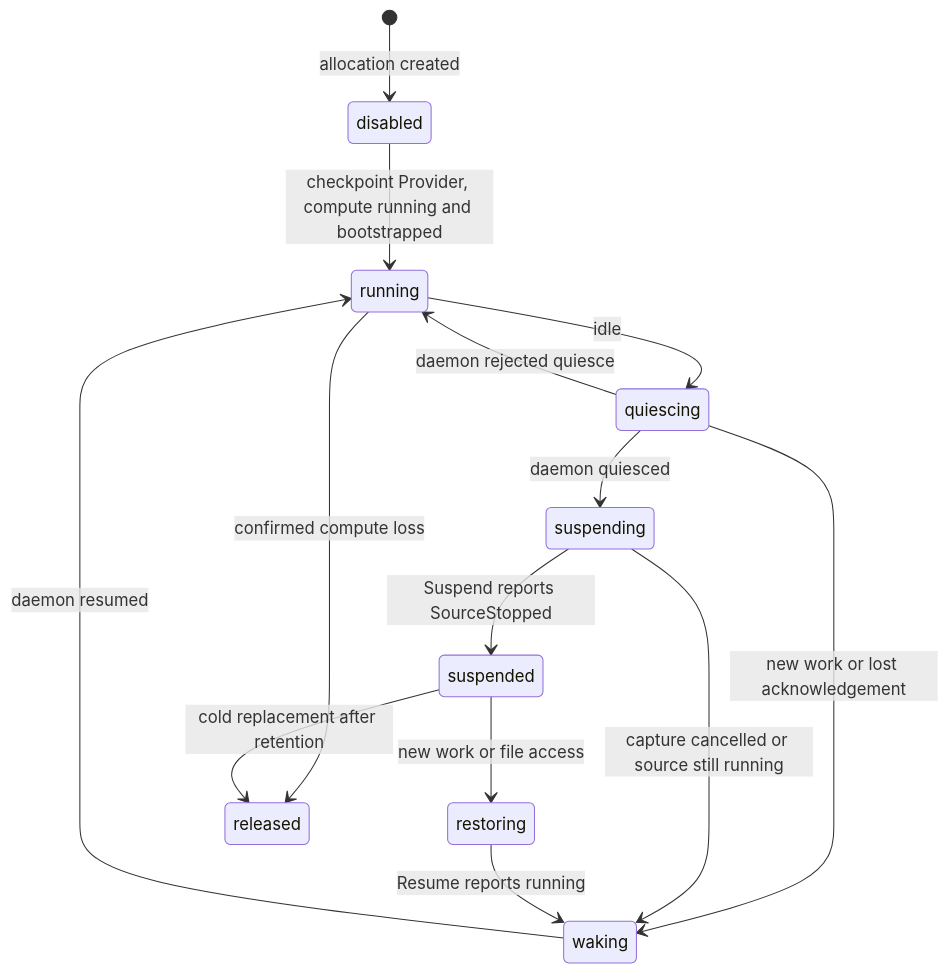
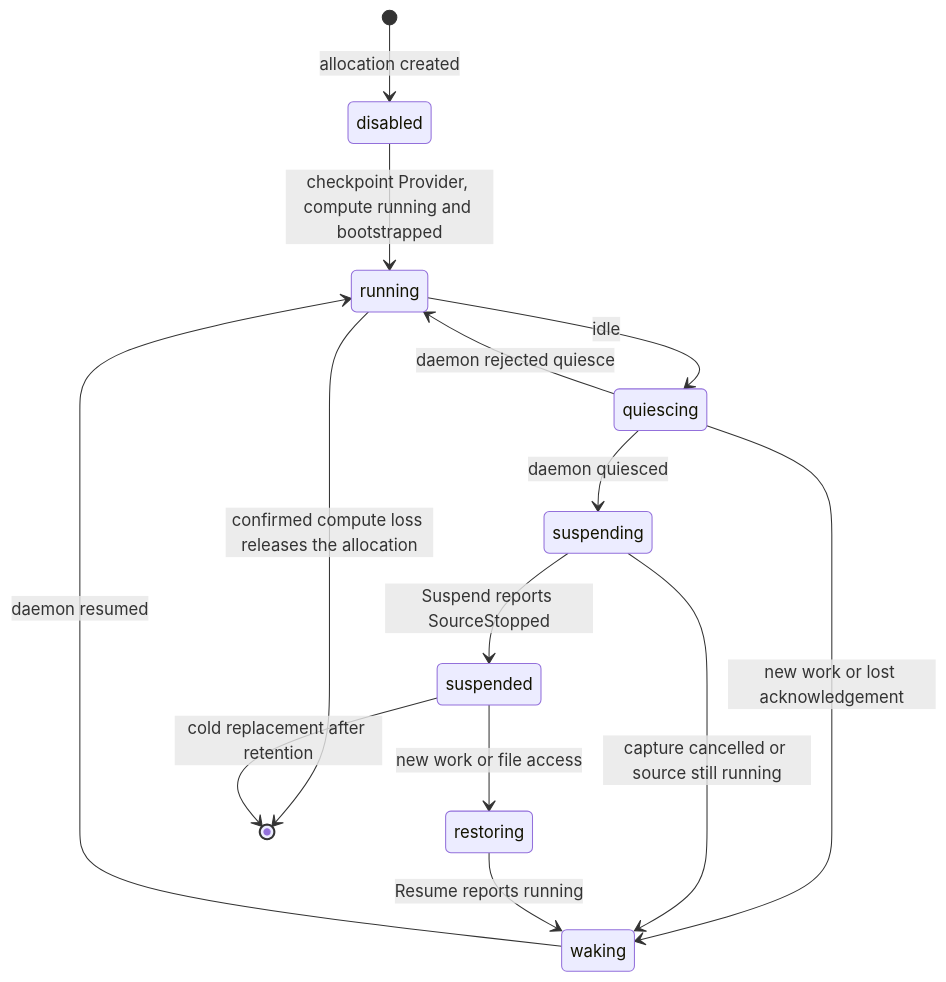
One commit to MiniMax-AI/OpenAgentCore changed the second of 3 diagrams in docs/sandbox-provider.md. Above: the diagram before and after it, drawn with Mermaid. The commit also changed 1 other file, not shown here.

Commit message:
Keep released out of the compute phase diagram

````diff
--- a/docs/sandbox-provider.md
+++ b/docs/sandbox-provider.md
@@ -197,16 +197,16 @@
 ```mermaid
 stateDiagram-v2
     [*] --> disabled: allocation created
     disabled --> running: checkpoint Provider, compute running and bootstrapped
     running --> quiescing: idle
     quiescing --> suspending: daemon quiesced
     quiescing --> running: daemon rejected quiesce
     quiescing --> waking: new work or lost acknowledgement
     suspending --> suspended: Suspend reports SourceStopped
     suspending --> waking: capture cancelled or source still running
     suspended --> restoring: new work or file access
     restoring --> waking: Resume reports running
     waking --> running: daemon resumed
-    running --> released: confirmed compute loss
-    suspended --> released: cold replacement after retention
+    running --> [*]: confirmed compute loss releases the allocation
+    suspended --> [*]: cold replacement after retention
 ```
````
